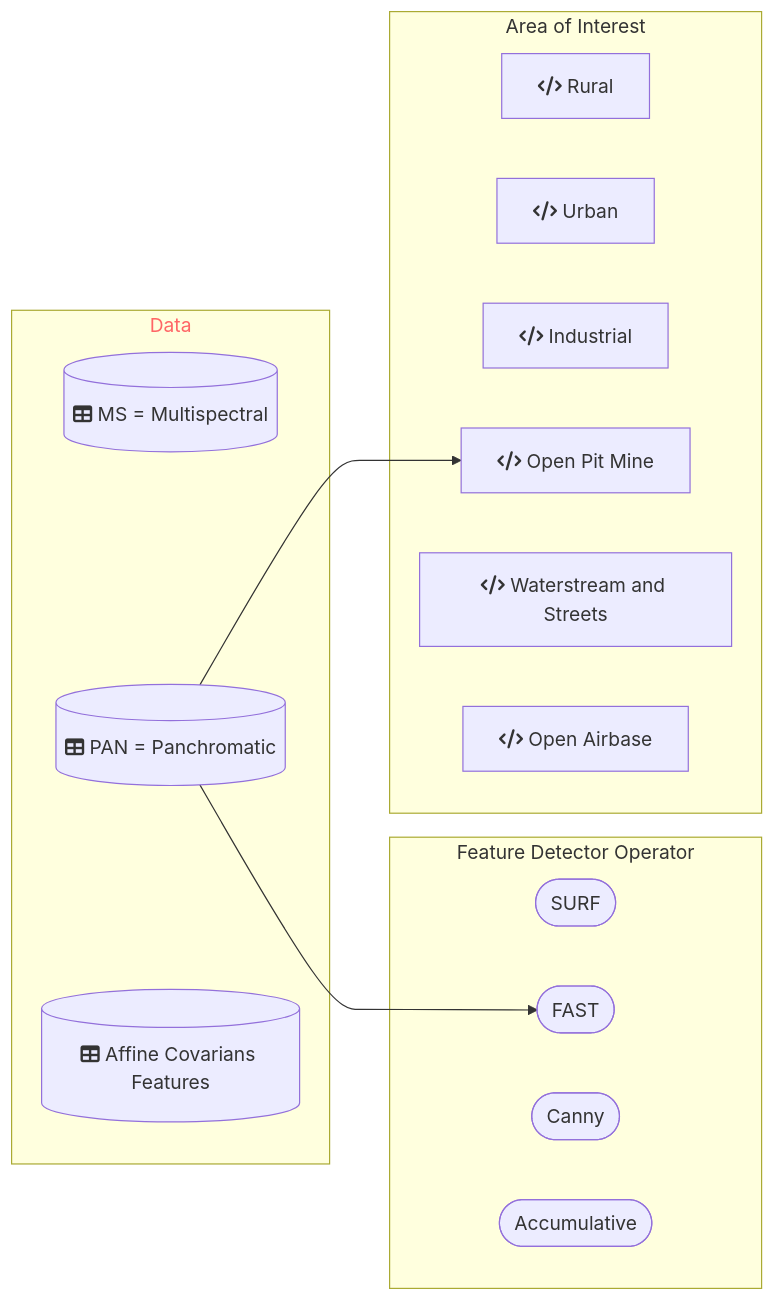
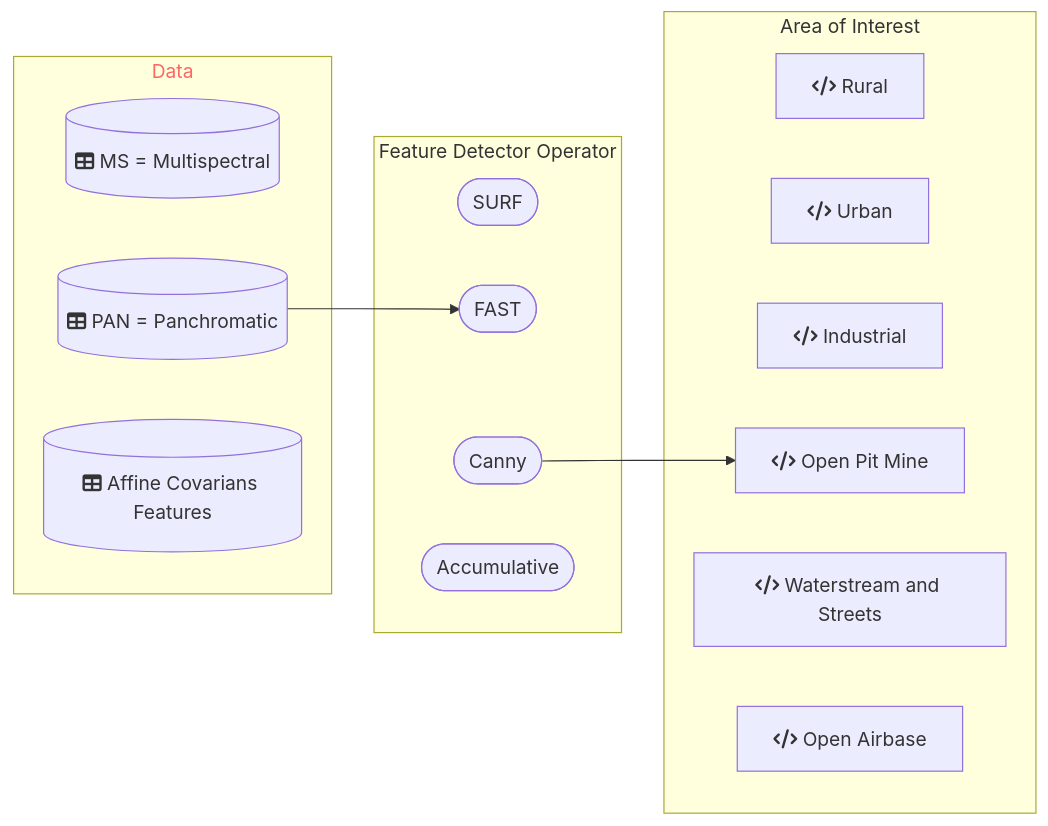
Before and after one commit to DippoldEJ/Feature-Detection-and-Explanation: the diagram in Application/README.md, drawn with Mermaid.

````diff
--- a/Application/README.md
+++ b/Application/README.md
@@ -13,31 +13,31 @@
 ```mermaid
 flowchart LR;
 
  subgraph n[Data]
         g[(fa:fa-table MS = Multispectral)]
         h[(fa:fa-table PAN = Panchromatic)]
         i[(fa:fa-table Affine Covarians Features)]
     end
 
  subgraph o[Feature Detector Operator]
         j([SURF])
         k([FAST])
         l([Canny])
         m([Accumulative])
     end
 
 subgraph p[Area of Interest]
     a[fa:fa-code Rural]
     b[fa:fa-code Urban]
     c[fa:fa-code Industrial]
     d[fa:fa-code Open Pit Mine]
     e[fa:fa-code Waterstream and Streets]
     f[fa:fa-code Open Airbase]
     end
 
 style n color:#f66
 
 h-->k
-h-->d
+l-->d
 
 ```
````
